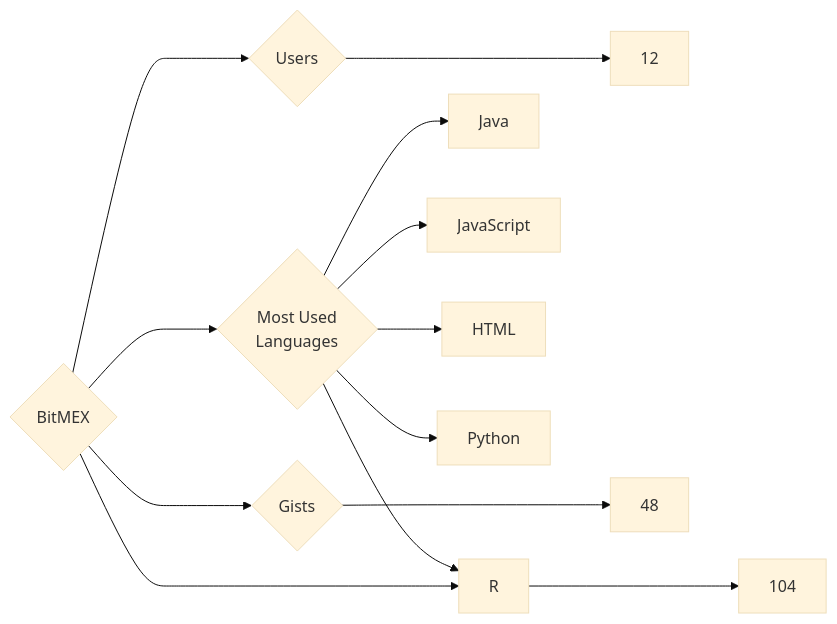
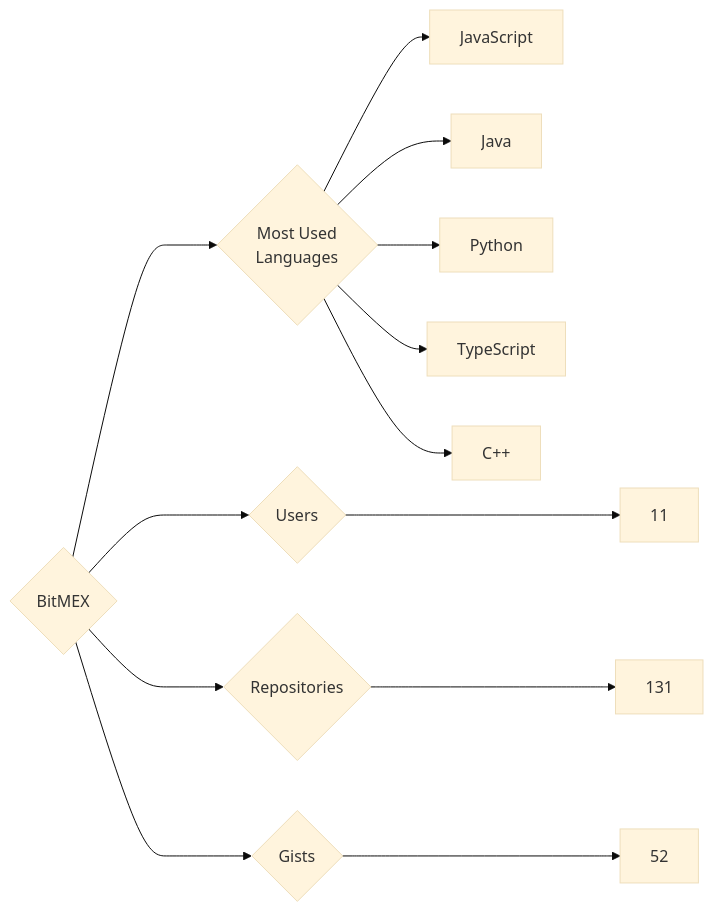
One commit to trickest/insiders changed the diagram in targets/BitMEX/README.md. Above: the diagram before and after it, drawn with Mermaid (base theme). The commit also changed 1148 other files, not shown here.

````diff
--- a/targets/BitMEX/README.md
+++ b/targets/BitMEX/README.md
@@ -3,13 +3,13 @@
 ```mermaid
 graph LR
 COMPANY_NAME{BitMEX}
-COMPANY_NAME ---> U{Users} ---> UN[12]
-COMPANY_NAME ---> R{Repositories} ---> RN[104]
-COMPANY_NAME ---> G{Gists} ---> GN[48]
+COMPANY_NAME ---> U{Users} ---> UN[11]
+COMPANY_NAME ---> R{Repositories} ---> RN[131]
+COMPANY_NAME ---> G{Gists} ---> GN[52]
 COMPANY_NAME ---> ML{Most Used<br>Languages}
+ML --> JavaScript[JavaScript]
 ML --> Java[Java]
-ML --> JavaScript[JavaScript]
-ML --> HTML[HTML]
 ML --> Python[Python]
-ML --> R[R]
+ML --> TypeScript[TypeScript]
+ML --> C++[C++]
 ```
````
